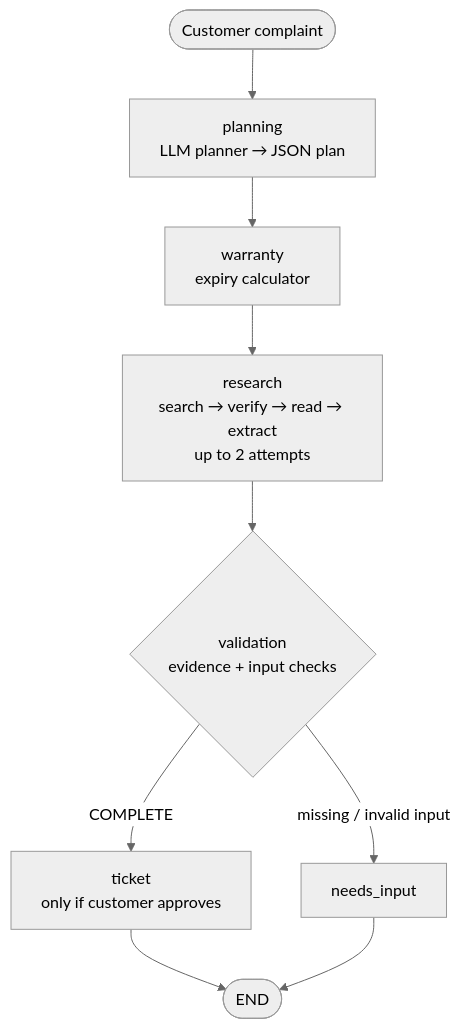
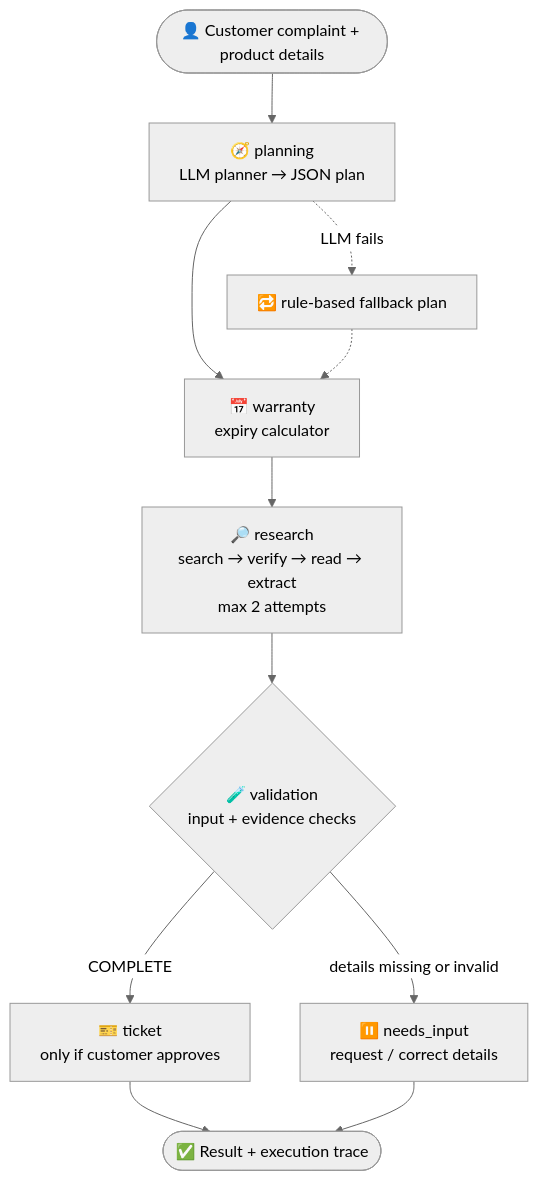
One commit to Vanshika24680/warranty-agent changed the first of 2 diagrams in README.md. Above: the diagram before and after it, drawn with Mermaid (neutral theme). The commit also changed other lines of this file, not shown here.

````diff
--- a/README.md
+++ b/README.md
@@ -13,11 +36,17 @@
 ```mermaid
 flowchart TD
-    A([Customer complaint]) --> P[planning<br/>LLM planner → JSON plan]
-    P --> W[warranty<br/>expiry calculator]
-    W --> R[research<br/>search → verify → read → extract<br/>up to 2 attempts]
-    R --> V{validation<br/>evidence + input checks}
-    V -- COMPLETE --> T[ticket<br/>only if customer approves]
-    V -- missing / invalid input --> N[needs_input]
-    T --> E([END])
-    N --> E
+    U(["👤 Customer complaint + product details"]) --> P
+    P["🧭 planning<br/>LLM planner → JSON plan"]
+    W["📅 warranty<br/>expiry calculator"]
+    R["🔎 research<br/>search → verify → read → extract<br/>max 2 attempts"]
+    V{"🧪 validation<br/>input + evidence checks"}
+    T["🎫 ticket<br/>only if customer approves"]
+    N["⏸️ needs_input<br/>request / correct details"]
+    E(["✅ Result + execution trace"])
+
+    P --> W --> R --> V
+    V -- "COMPLETE" --> T --> E
+    V -- "details missing or invalid" --> N --> E
+    P -. "LLM fails" .-> F["🔁 rule-based fallback plan"]
+    F -.-> W
 ```
````
